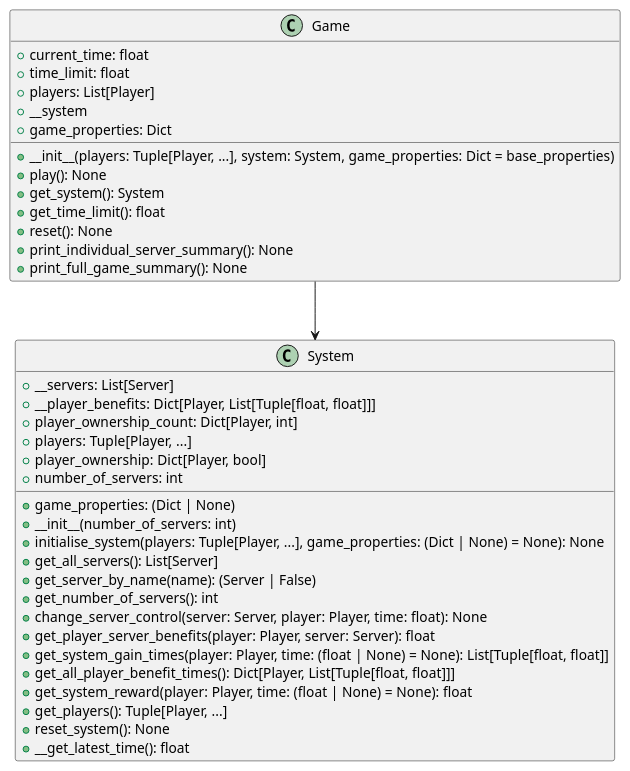
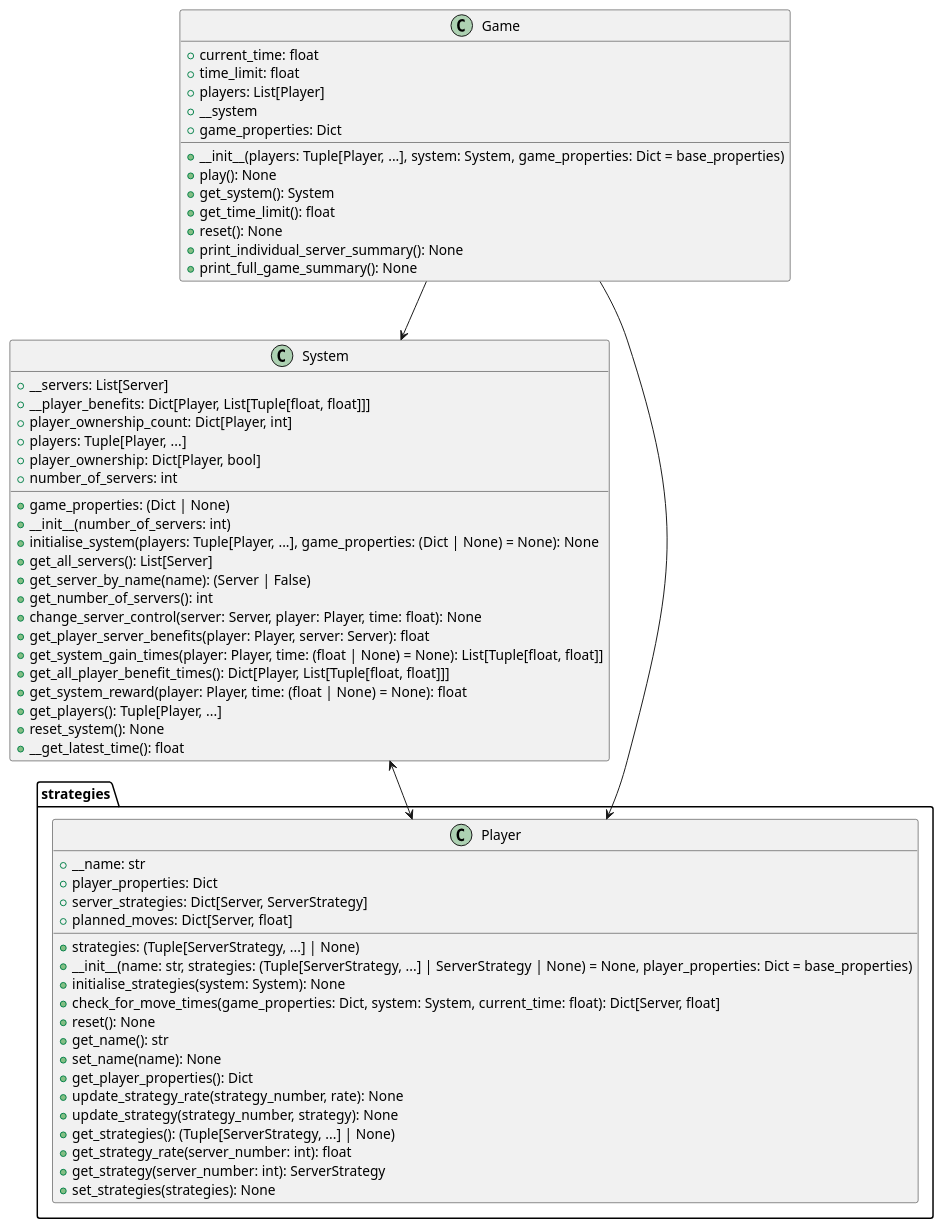
The diagram in DOCS/class-diagram.puml (ruipimentel/FlipThem-Simulation), drawn with PlantUML before and after one commit. The commit also changed 1 other file, not shown here.

Commit message:
Increments documentation on `Player` class.

```diff
--- a/DOCS/class-diagram.puml
+++ b/DOCS/class-diagram.puml
@@ -1,43 +1,70 @@
 @startuml "class-diagram"
 
 class Game {
   + current_time: float
   + time_limit: float
   + players: List[Player]
   + __system
   + game_properties: Dict
   + __init__(players: Tuple[Player, ...], system: System, game_properties: Dict = base_properties)
   + play(): None
   + get_system(): System
   + get_time_limit(): float
   + reset(): None
   + print_individual_server_summary(): None
   + print_full_game_summary(): None
 }
 
 class System {
   + __servers: List[Server]
   + __player_benefits: Dict[Player, List[Tuple[float, float]]]
   + player_ownership_count: Dict[Player, int]
   + players: Tuple[Player, ...]
   + player_ownership: Dict[Player, bool]
   + game_properties: (Dict | None)
   + number_of_servers: int
   + __init__(number_of_servers: int)
   + initialise_system(players: Tuple[Player, ...], game_properties: (Dict | None) = None): None
   + get_all_servers(): List[Server]
   + get_server_by_name(name): (Server | False)
   + get_number_of_servers(): int
   + change_server_control(server: Server, player: Player, time: float): None
   + get_player_server_benefits(player: Player, server: Server): float
   + get_system_gain_times(player: Player, time: (float | None) = None): List[Tuple[float, float]]
   + get_all_player_benefit_times(): Dict[Player, List[Tuple[float, float]]]
   + get_system_reward(player: Player, time: (float | None) = None): float
   + get_players(): Tuple[Player, ...]
   + reset_system(): None
   + __get_latest_time(): float
 }
 
+namespace strategies {
+
+  class Player {
+    + __name: str
+    + player_properties: Dict
+    + server_strategies: Dict[Server, ServerStrategy]
+    + strategies: (Tuple[ServerStrategy, ...] | None)
+    + planned_moves: Dict[Server, float]
+    + __init__(name: str, strategies: (Tuple[ServerStrategy, ...] | ServerStrategy | None) = None, player_properties: Dict = base_properties)
+    + initialise_strategies(system: System): None
+    + check_for_move_times(game_properties: Dict, system: System, current_time: float): Dict[Server, float]
+    + reset(): None
+    + get_name(): str
+    + set_name(name): None
+    + get_player_properties(): Dict
+    + update_strategy_rate(strategy_number, rate): None
+    + update_strategy(strategy_number, strategy): None
+    + get_strategies(): (Tuple[ServerStrategy, ...] | None)
+    + get_strategy_rate(server_number: int): float
+    + get_strategy(server_number: int): ServerStrategy
+    + set_strategies(strategies): None
+  }
+
+}
+
 Game --> System
+Game --> strategies.Player
+System <--> strategies.Player
 
 @enduml
```
